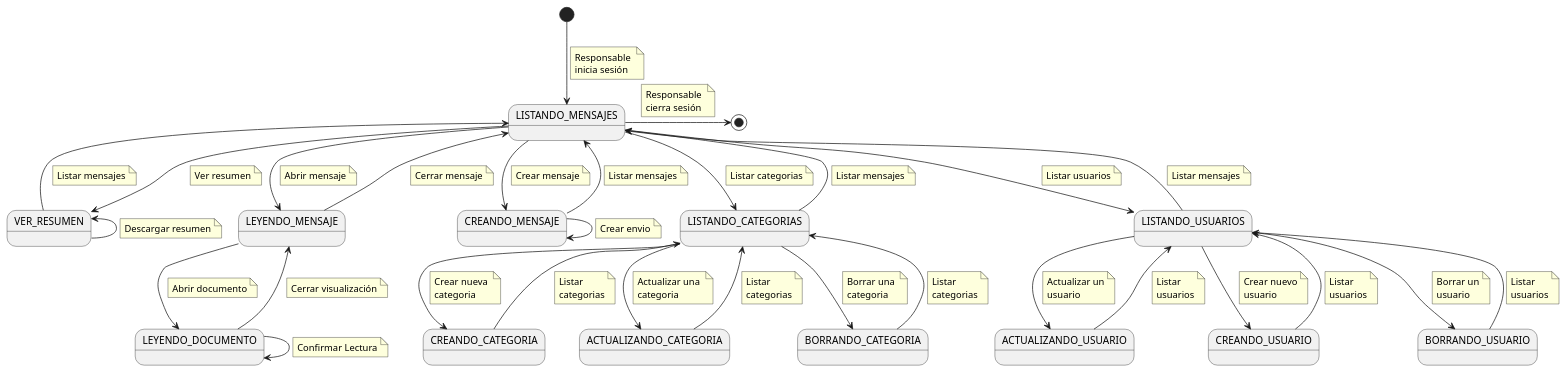
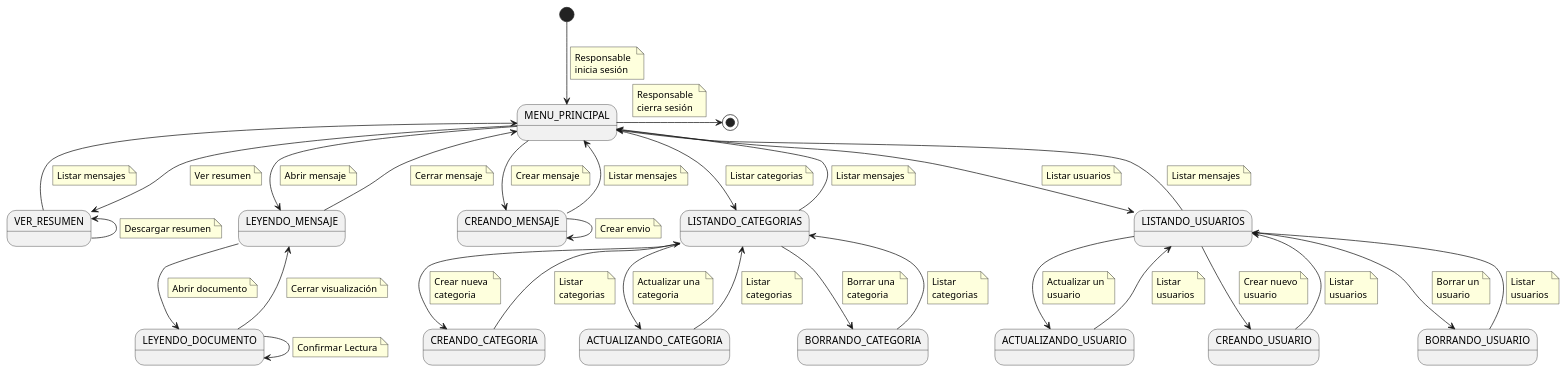
Before and after one commit to mmasias/24-25-IdSw1-SDR: the diagram in docs/casosDeUso/diagramaDeContexto/DiagramaDeContextoResponsable/diagramaContextoResponsable.puml, drawn with PlantUML.

Commit message:
Cambiando nombre de listado mensajes a menu principal

```diff
--- a/docs/casosDeUso/diagramaDeContexto/DiagramaDeContextoResponsable/diagramaContextoResponsable.puml
+++ b/docs/casosDeUso/diagramaDeContexto/DiagramaDeContextoResponsable/diagramaContextoResponsable.puml
@@ -1,177 +1,175 @@
 @startuml
-
-state "LISTANDO_MENSAJES" as ListandoMensajes
+state "MENU_PRINCIPAL" as MenuPrincipal
 state "CREANDO_MENSAJE" as CreandoMensaje
 state "VER_RESUMEN" as VerResumen
 state "LEYENDO_MENSAJE" as LeyendoMensaje
 state "LEYENDO_DOCUMENTO" as LeyendoDocumento
 state "LISTANDO_CATEGORIAS" as Categorias
 state "CREANDO_CATEGORIA" as CreandoCategoria
 state "ACTUALIZANDO_CATEGORIA" as ActualizandoCategoria
 state "BORRANDO_CATEGORIA" as BorrandoCategoria
 state "LISTANDO_USUARIOS" as Usuarios
 state "ACTUALIZANDO_USUARIO" as ActualizandoUsuario
 state "CREANDO_USUARIO" as CreandoUsuario
 state "BORRANDO_USUARIO" as BorrandoUsuario
 
-[*] --> ListandoMensajes
+[*] --> MenuPrincipal
     note on link
         Responsable 
         inicia sesión
     end note
 
-ListandoMensajes -> [*]
+MenuPrincipal -> [*]
     note on link
         Responsable 
         cierra sesión
     end note
 
 
-ListandoMensajes --> LeyendoMensaje
+MenuPrincipal --> LeyendoMensaje
     note on link
         Abrir mensaje
     end note
 
 LeyendoMensaje -> LeyendoDocumento
     note on link
         Abrir documento
     end note
 
 LeyendoDocumento --> LeyendoDocumento
     note on link
         Confirmar Lectura
     end note
 
 LeyendoDocumento --> LeyendoMensaje
     note on link
         Cerrar visualización
     end note
 
-LeyendoMensaje --> ListandoMensajes
+LeyendoMensaje --> MenuPrincipal
     note on link
         Cerrar mensaje
     end note
 
-ListandoMensajes --> CreandoMensaje
+MenuPrincipal --> CreandoMensaje
     note on link
         Crear mensaje
     end note
 
 CreandoMensaje --> CreandoMensaje 
     note on link
         Crear envio
     end note
 
-ListandoMensajes--> VerResumen
+MenuPrincipal--> VerResumen
     note on link
         Ver resumen
     end note
 
-VerResumen -l-> ListandoMensajes
+VerResumen -l-> MenuPrincipal
     note on link
         Listar mensajes
     end note
 
 VerResumen -l-> VerResumen 
     note on link
         Descargar resumen
     end note
 
-CreandoMensaje --> ListandoMensajes
+CreandoMensaje --> MenuPrincipal
     note on link
         Listar mensajes
     end note
 
-ListandoMensajes --> Categorias
+MenuPrincipal --> Categorias
     note on link
         Listar categorias
     end note
 
 Categorias --> CreandoCategoria
     note on link
         Crear nueva 
         categoria
     end note
 
 CreandoCategoria --> Categorias
     note on link
         Listar 
         categorias
     end note
 
 Categorias --> ActualizandoCategoria
     note on link
         Actualizar una 
         categoria
     end note
 
 ActualizandoCategoria --> Categorias
     note on link
         Listar 
         categorias
     end note
 
 Categorias --> BorrandoCategoria
     note on link
         Borrar una 
         categoria
     end note
 
 BorrandoCategoria --> Categorias
     note on link
         Listar 
         categorias
     end note
 
-Categorias --> ListandoMensajes
+Categorias --> MenuPrincipal
     note on link
         Listar mensajes
     end note
 
-ListandoMensajes --> Usuarios
+MenuPrincipal --> Usuarios
     note on link
         Listar usuarios
     end note
 
 Usuarios --> CreandoUsuario
     note on link
         Crear nuevo
         usuario
     end note
 
 CreandoUsuario --> Usuarios
     note on link
         Listar
         usuarios
     end note
 
 Usuarios --> ActualizandoUsuario
     note on link
         Actualizar un
         usuario
     end note
 
 ActualizandoUsuario --> Usuarios
     note on link
         Listar
         usuarios
     end note
 
 Usuarios --> BorrandoUsuario
     note on link
         Borrar un
         usuario
     end note
 
 BorrandoUsuario --> Usuarios
     note on link
         Listar
         usuarios
     end note
 
-Usuarios --> ListandoMensajes
+Usuarios --> MenuPrincipal
     note on link
         Listar mensajes
     end note
-
 @enduml
```
